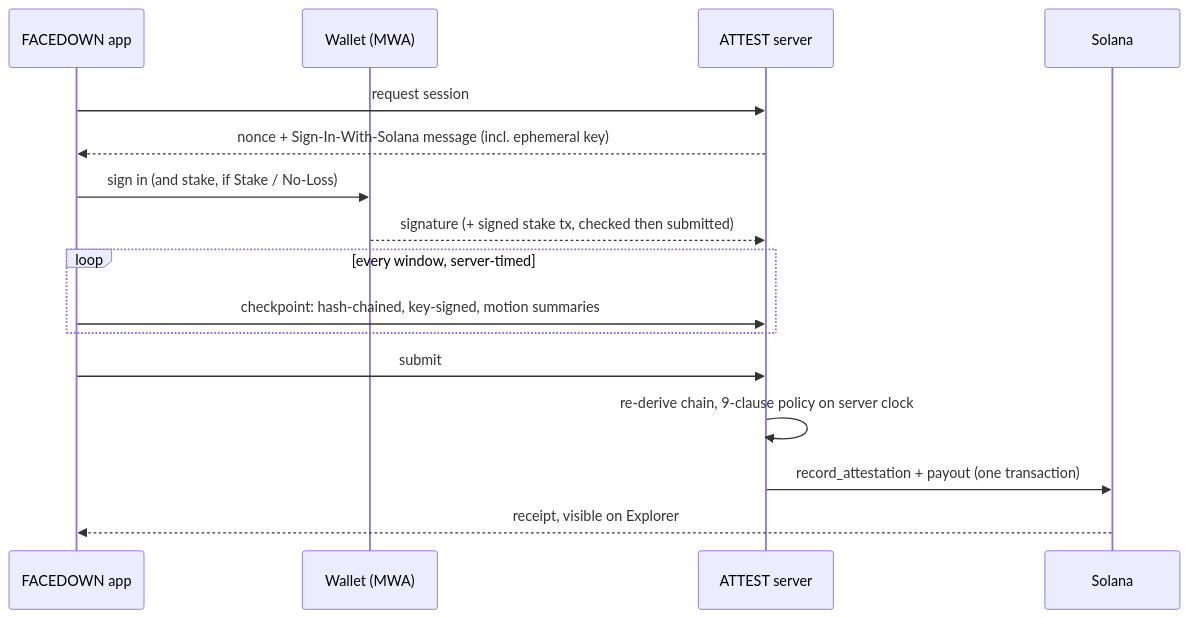
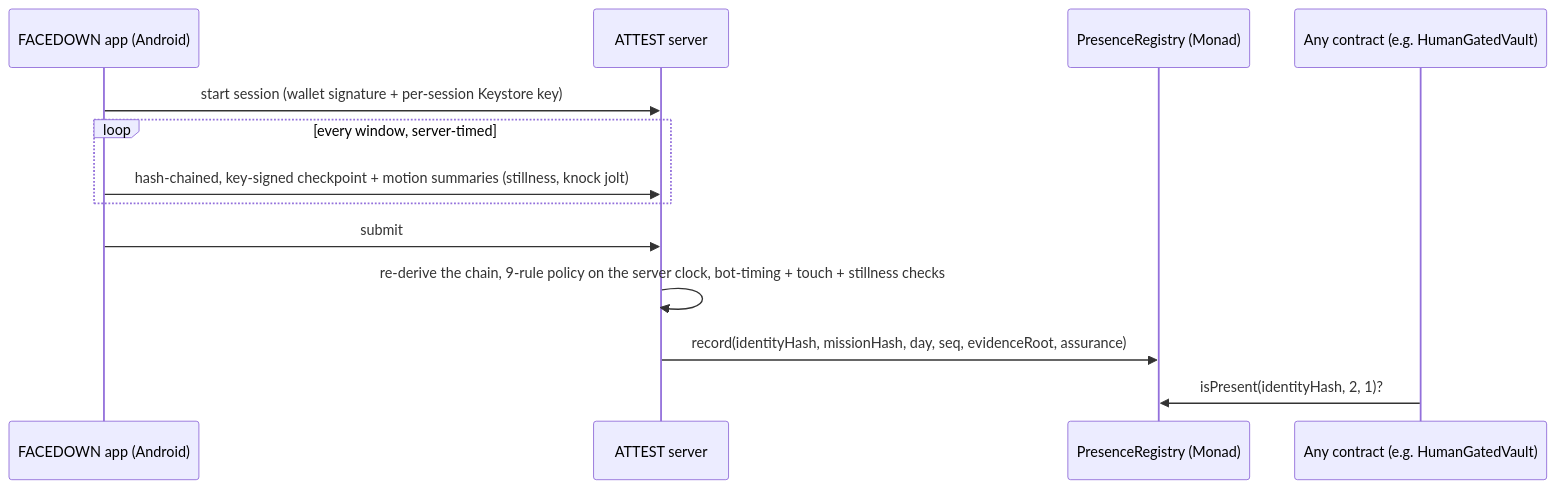
One commit to notwen123/PRESENCE changed the diagram in README.md. Above: the diagram before and after it, drawn with Mermaid. The commit also changed other lines of this file and 26 other files, not shown here.

First line of the commit message:
feat: PRESENCE runs on Monad only; Solana prototype archived in legacy/

````diff
--- a/README.md
+++ b/README.md
@@ -383,18 +125,15 @@
 ```mermaid
 sequenceDiagram
-    participant App as FACEDOWN app
-    participant W as Wallet (MWA)
+    participant App as FACEDOWN app (Android)
     participant A as ATTEST server
-    participant S as Solana
-    App->>A: request session
-    A-->>App: nonce + Sign-In-With-Solana message (incl. ephemeral key)
-    App->>W: sign in (and stake, if Stake / No-Loss)
-    W-->>A: signature (+ signed stake tx, checked then submitted)
+    participant R as PresenceRegistry (Monad)
+    participant V as Any contract (e.g. HumanGatedVault)
+    App->>A: start session (wallet signature + per-session Keystore key)
     loop every window, server-timed
-        App->>A: checkpoint: hash-chained, key-signed, motion summaries
+        App->>A: hash-chained, key-signed checkpoint + motion summaries (stillness, knock jolt)
     end
     App->>A: submit
-    A->>A: re-derive chain, 9-clause policy on server clock
-    A->>S: record_attestation + payout (one transaction)
-    S-->>App: receipt, visible on Explorer
+    A->>A: re-derive the chain, 9-rule policy on the server clock, bot-timing + touch + stillness checks
+    A->>R: record(identityHash, missionHash, day, seq, evidenceRoot, assurance)
+    V->>R: isPresent(identityHash, 2, 1)?
 ```
````
